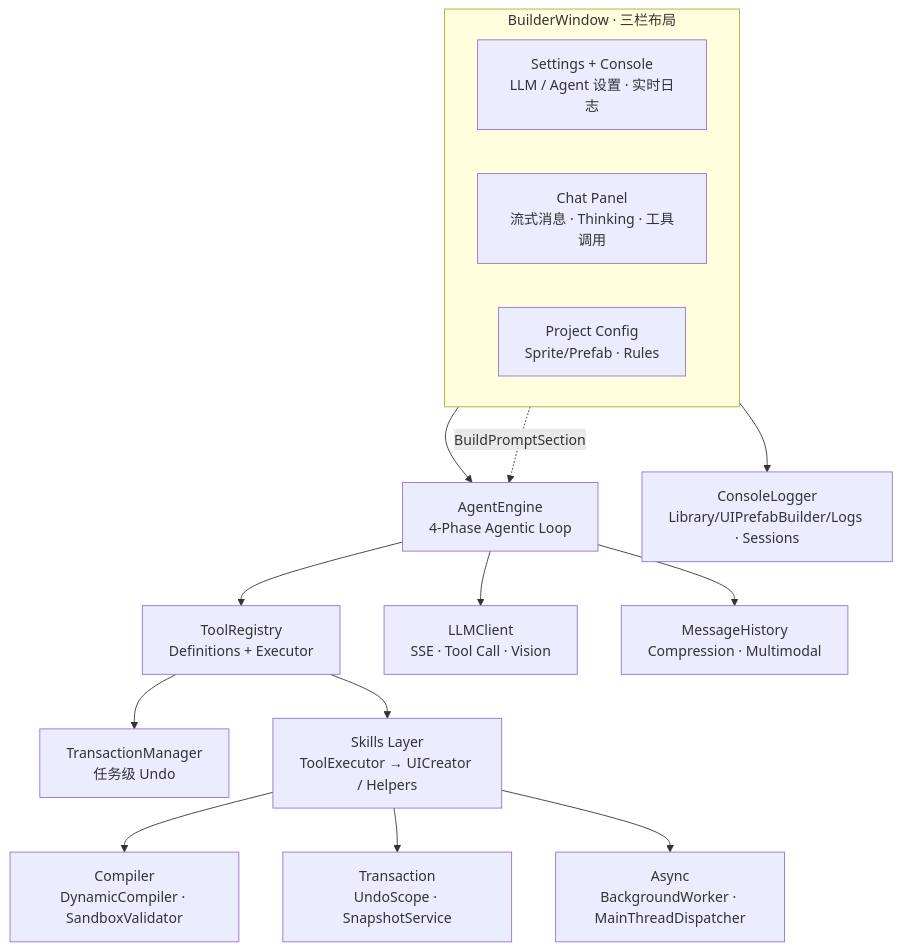
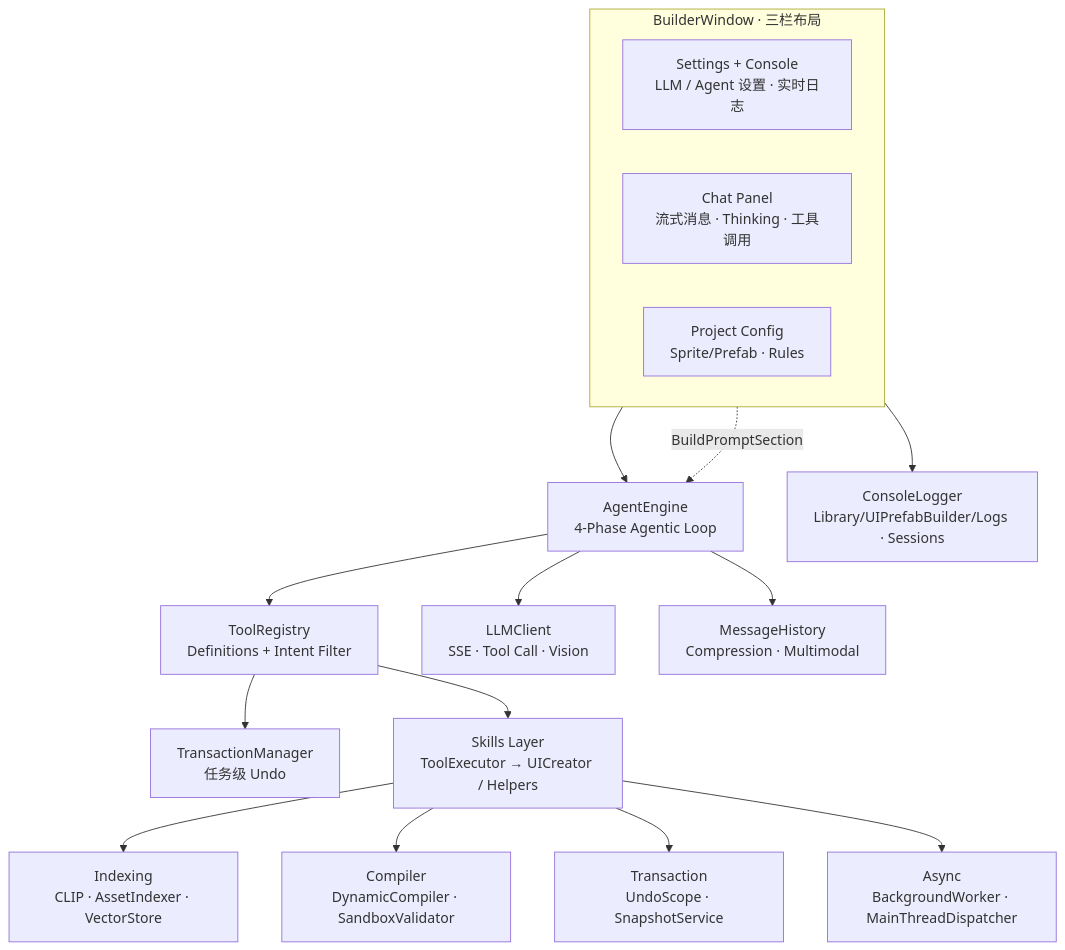
Before and after one commit to Wonderland6627/UIPrefabBuilder: the second of 2 diagrams in README.md, drawn with Mermaid. The commit also changed other lines of this file and 15 other files, not shown here.

First line of the commit message:
feat: release v0.2.0 — 设计稿还原、CLIP 视觉索引与任务意图识别

````diff
--- a/README.md
+++ b/README.md
@@ -144,25 +161,26 @@
 ```mermaid
 flowchart TB
     subgraph UI["BuilderWindow · 三栏布局"]
         direction LR
         LEFT["Settings + Console<br/>LLM / Agent 设置 · 实时日志"]
         CENTER["Chat Panel<br/>流式消息 · Thinking · 工具调用"]
         RIGHT["Project Config<br/>Sprite/Prefab · Rules"]
     end
 
     CENTER --> ENG["AgentEngine<br/>4-Phase Agentic Loop"]
     RIGHT -.->|BuildPromptSection| ENG
 
-    ENG --> TR["ToolRegistry<br/>Definitions + Executor"]
+    ENG --> TR["ToolRegistry<br/>Definitions + Intent Filter"]
     ENG --> LLM["LLMClient<br/>SSE · Tool Call · Vision"]
     ENG --> MH["MessageHistory<br/>Compression · Multimodal"]
 
     TR --> TM["TransactionManager<br/>任务级 Undo"]
     TR --> SK["Skills Layer<br/>ToolExecutor → UICreator / Helpers"]
 
+    SK --> IDX["Indexing<br/>CLIP · AssetIndexer · VectorStore"]
     SK --> CMP["Compiler<br/>DynamicCompiler · SandboxValidator"]
     SK --> TX["Transaction<br/>UndoScope · SnapshotService"]
     SK --> ASY["Async<br/>BackgroundWorker · MainThreadDispatcher"]
 
     LEFT --> LOG["ConsoleLogger<br/>Library/UIPrefabBuilder/Logs · Sessions"]
 ```
````
